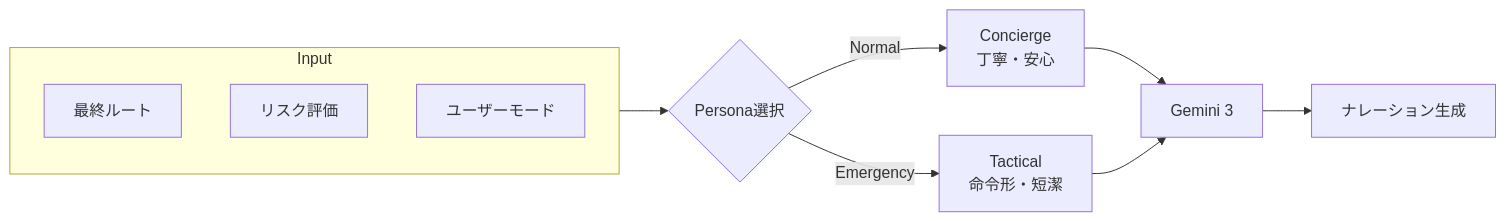
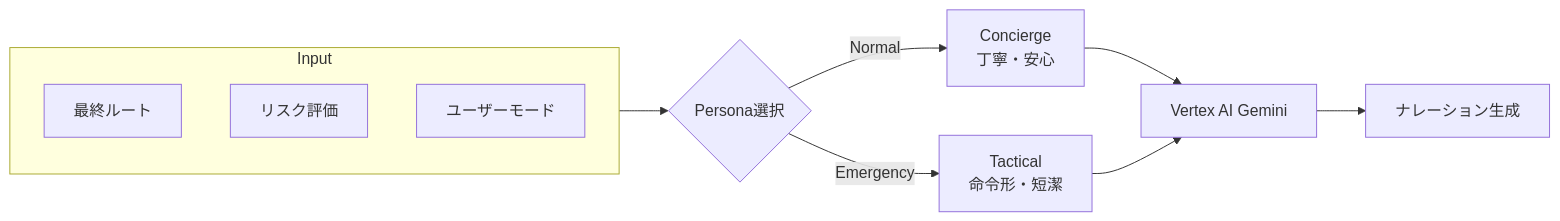
One commit to Ryg-appdev/safe-routing-ai-navigation changed the fifth of 6 diagrams in Docs/確定/05_詳細設計書.md. Above: the diagram before and after it, drawn with Mermaid. The commit also changed other lines of this file and 12 other files, not shown here.

````diff
--- a/Docs/確定/05_詳細設計書.md
+++ b/Docs/確定/05_詳細設計書.md
@@ -119,16 +119,16 @@
 ```mermaid
 flowchart LR
     subgraph Input
         R["最終ルート"]
         RA["リスク評価"]
         M["ユーザーモード"]
     end
     
     Input --> P{"Persona選択"}
     P -->|Normal| C["Concierge<br/>丁寧・安心"]
     P -->|Emergency| T["Tactical<br/>命令形・短潔"]
     
-    C --> G3["Gemini 3"]
+    C --> G3["Vertex AI Gemini"]
     T --> G3
     G3 --> N["ナレーション生成"]
 ```
````
